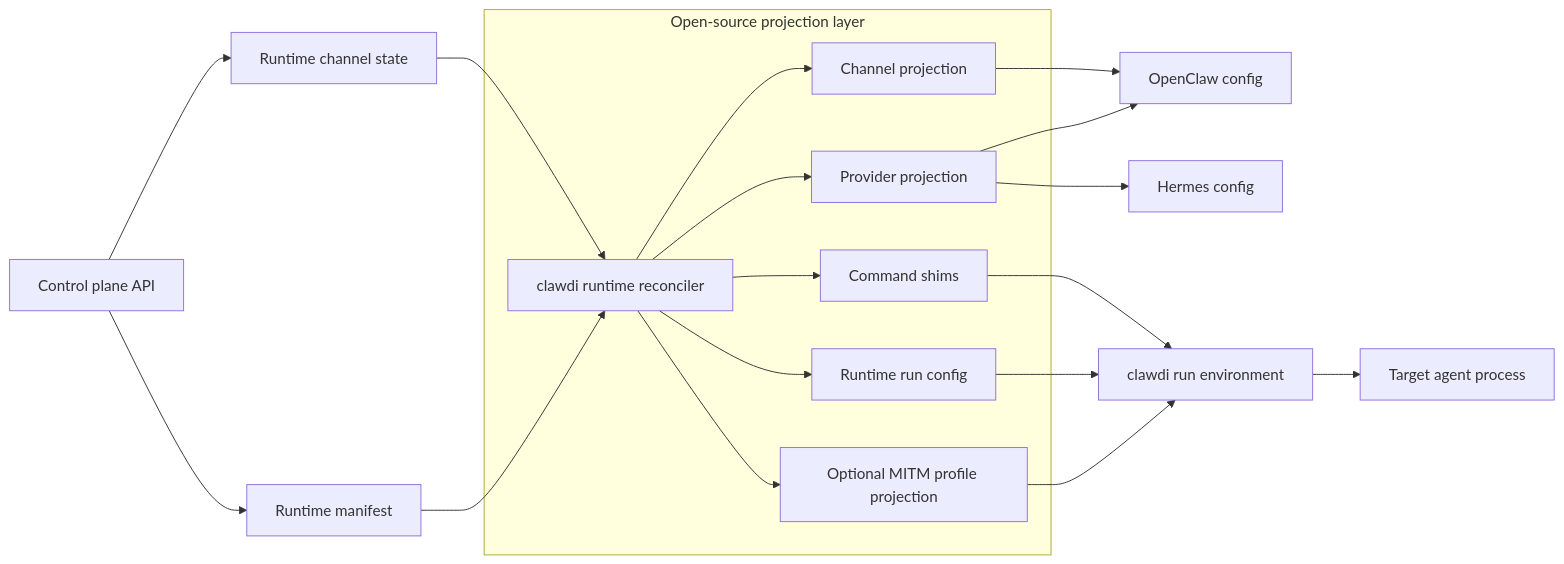
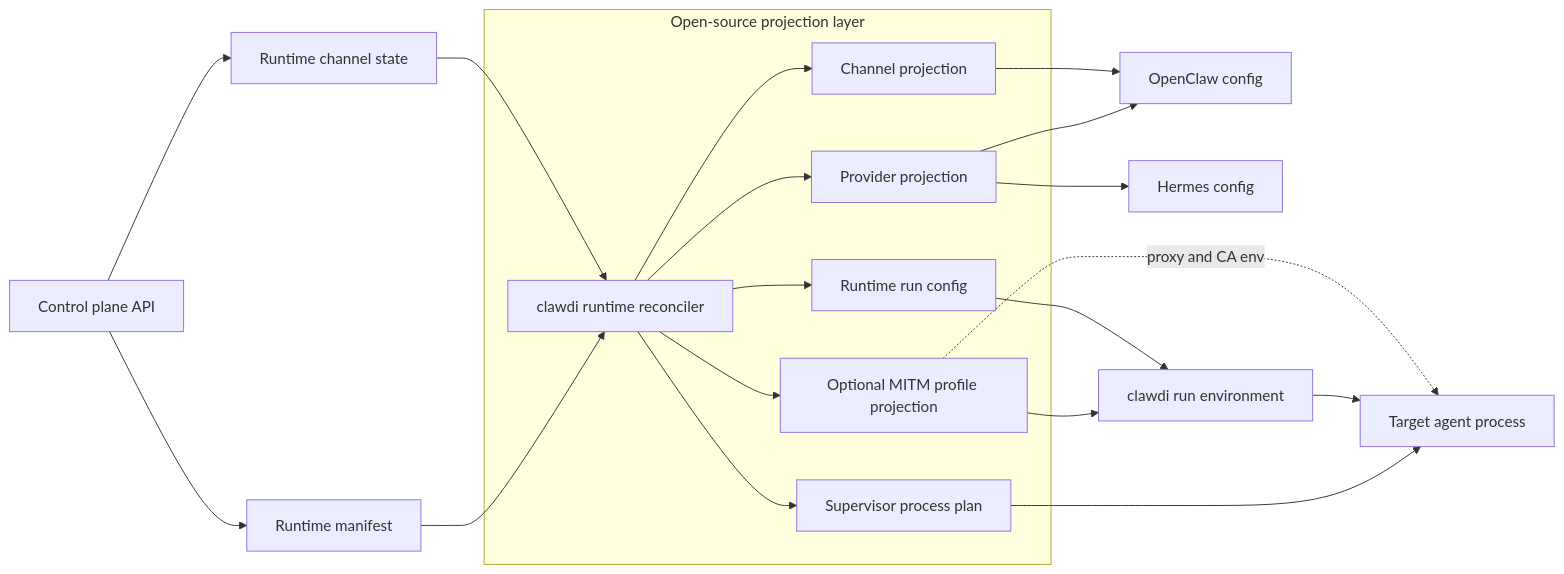
One commit to Clawdi-AI/clawdi changed the diagram in docs/plans/runtime-projection-boundary.md. Above: the diagram before and after it, drawn with Mermaid. The commit also changed other lines of this file and 38 other files, not shown here.

````diff
--- a/docs/plans/runtime-projection-boundary.md
+++ b/docs/plans/runtime-projection-boundary.md
@@ -44,23 +37,24 @@
 ```mermaid
 flowchart LR
     ControlPlane[Control plane API] --> Manifest[Runtime manifest]
     ControlPlane --> Channels[Runtime channel state]
     Manifest --> CLI[clawdi runtime reconciler]
     Channels --> CLI
 
     subgraph Projection["Open-source projection layer"]
         CLI --> Provider[Provider projection]
         CLI --> Channel[Channel projection]
-        CLI --> Broker[Optional MITM profile projection]
+        CLI --> Sidecar[Optional MITM profile projection]
         CLI --> RunConfig[Runtime run config]
-        CLI --> Shims[Command shims]
+        CLI --> SupervisorPlan[Supervisor process plan]
     end
 
     Provider --> OpenClaw[OpenClaw config]
     Provider --> Hermes[Hermes config]
     Channel --> OpenClaw
-    Broker --> Runner[clawdi run environment]
+    Sidecar --> Runner[clawdi run environment]
     RunConfig --> Runner
-    Shims --> Runner
+    SupervisorPlan --> Target
     Runner --> Target[Target agent process]
+    Sidecar -. proxy and CA env .-> Target
 ```
````
